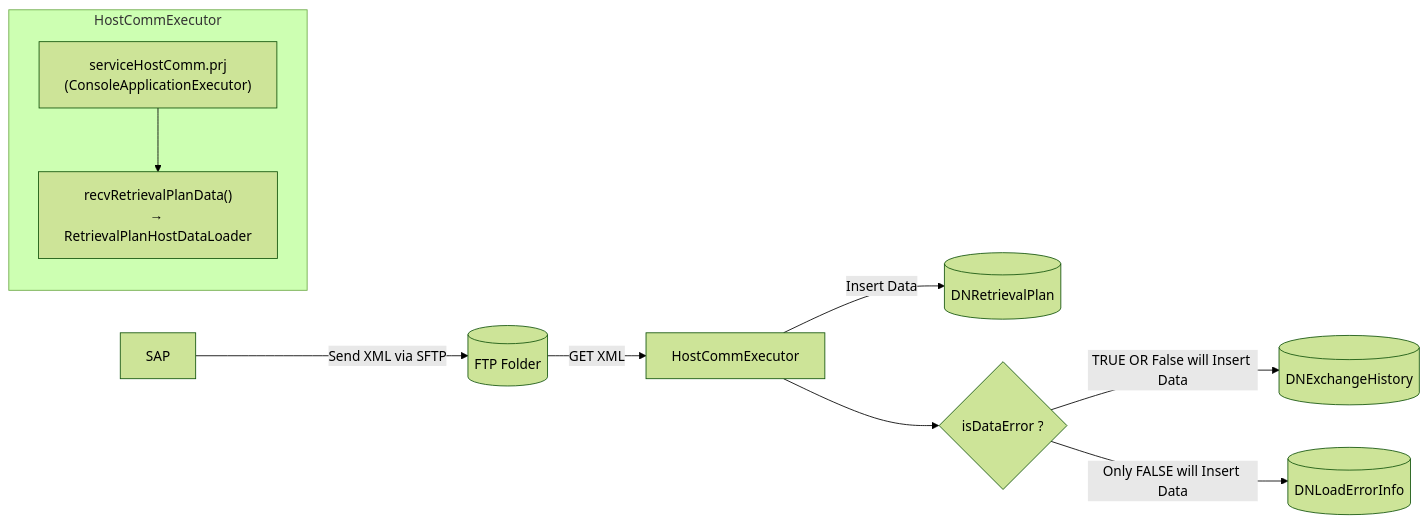
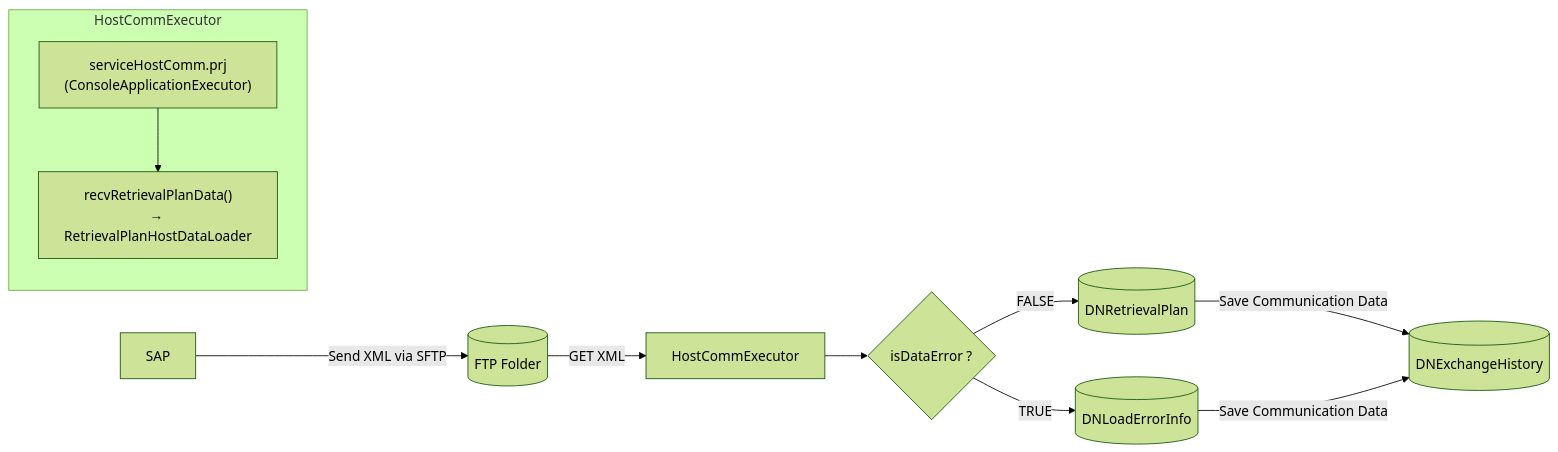
One commit to luthfiadityaa/SimeDarby-Wiki changed the diagram in Basic-Design/Host-Interfaces/Receive-Method/Planned-Retrieval.md. Above: the diagram before and after it, drawn with Mermaid (forest theme). The commit also changed other lines of this file and 10 other files, not shown here.

```diff
--- a/Basic-Design/Host-Interfaces/Receive-Method/Planned-Retrieval.md
+++ b/Basic-Design/Host-Interfaces/Receive-Method/Planned-Retrieval.md
@@ -11,15 +13,16 @@
 ::: mermaid
 flowchart LR
     A[SAP] -->|Send XML via SFTP| B[(FTP Folder)]
     B -->|GET XML| C[HostCommExecutor]
-    C -->|Insert Data| E[(DNRetrievalPlan)]
-    C --> Cond1{"isDataError ?"} 
-    Cond1 --> |TRUE OR False will Insert Data| F[(DNExchangeHistory)]
-    Cond1 --> |Only FALSE will Insert Data| G[(DNLoadErrorInfo)]
+    C --> Cond1{"isDataError ?"}
+    Cond1 --> |FALSE| E[(DNRetrievalPlan)]
+    Cond1 --> |TRUE| G[(DNLoadErrorInfo)]
+    E --> |Save Communication Data|F[(DNExchangeHistory)]
+    G --> |Save Communication Data|F[(DNExchangeHistory)]
 
     subgraph HostCommExecutor
         C1["serviceHostComm.prj<br>(ConsoleApplicationExecutor)"]
         C2["recvRetrievalPlanData()<br>→ RetrievalPlanHostDataLoader"]
         C1 --> C2
     end
 :::
```
